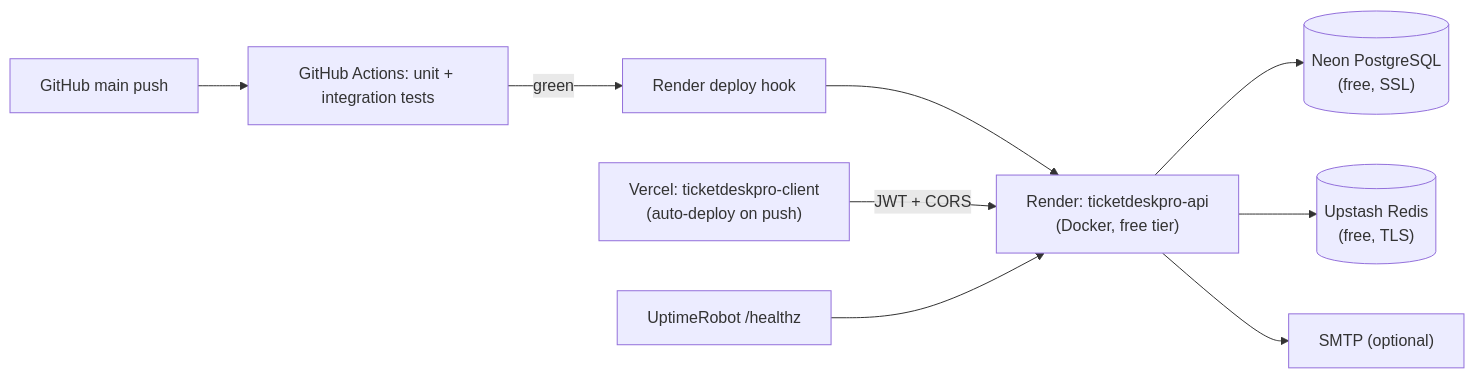
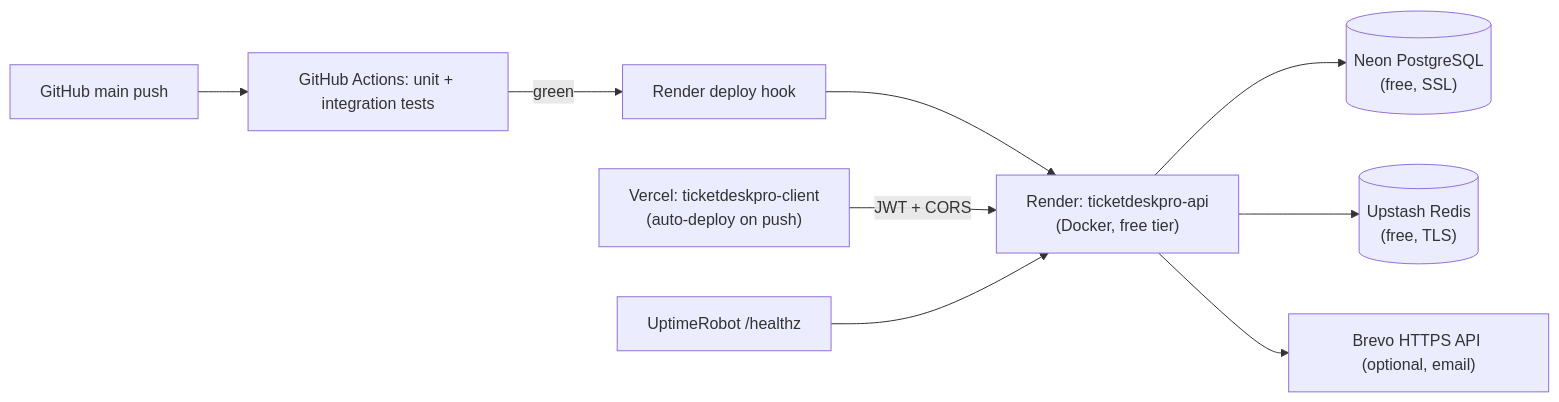
One commit to morshedmilton/TicketDeskPro-API changed diagram 16 of 16 in README.md. Above: the diagram before and after it, drawn with Mermaid. The commit also changed other lines of this file, not shown here.

Commit message:
Update outbox and deployment diagrams to show the Brevo email API

````diff
--- a/README.md
+++ b/README.md
@@ -620,11 +620,11 @@
 ```mermaid
 flowchart LR
     GH["GitHub main push"] --> CI["GitHub Actions: unit + integration tests"]
     CI -->|green| HOOK["Render deploy hook"]
     HOOK --> R["Render: ticketdeskpro-api<br/>(Docker, free tier)"]
     V["Vercel: ticketdeskpro-client<br/>(auto-deploy on push)"] -->|JWT + CORS| R
     R --> NEON[("Neon PostgreSQL<br/>(free, SSL)")]
     R --> UP[("Upstash Redis<br/>(free, TLS)")]
-    R --> SMTP["SMTP (optional)"]
+    R --> MAIL["Brevo HTTPS API (optional, email)"]
     U["UptimeRobot /healthz<br/every 5 min"] --> R
 ```
````
